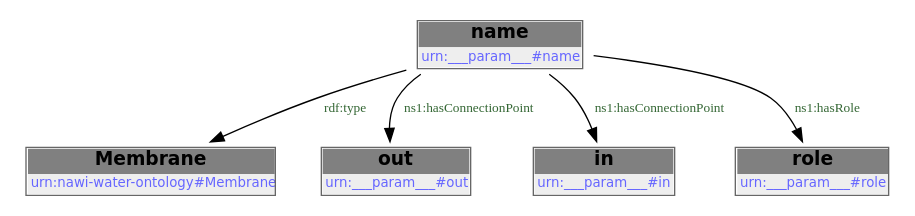
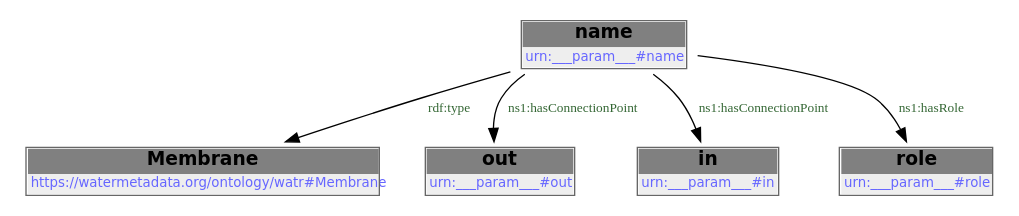
Before and after one commit to DataDrivenCPS/water-ontology: the first of 2 diagrams in docs/libraries/templates/membrane.rst, drawn with Graphviz. The commit also changed other lines of this file and 43 other files, not shown here.

First line of the commit message:
feat: move ontology to https://watermetadata.org base URI

```diff
--- a/docs/libraries/templates/membrane.rst
+++ b/docs/libraries/templates/membrane.rst
@@ -78,14 +78,14 @@
         .. graphviz::
 
                 digraph G {
             node [fontname="DejaVu Sans"];
             node0 -> node1 [color=BLACK, label=< <font point-size='10' color='#336633'>rdf:type</font> >];
             node0 -> node2 [color=BLACK, label=< <font point-size='10' color='#336633'>ns1:hasConnectionPoint</font> >];
             node0 -> node3 [color=BLACK, label=< <font point-size='10' color='#336633'>ns1:hasConnectionPoint</font> >];
             node0 -> node4 [color=BLACK, label=< <font point-size='10' color='#336633'>ns1:hasRole</font> >];
             node0 [shape=none, color=black, label=< <table color='#666666' cellborder='0' cellspacing='0' border='1'><tr><td colspan='2' bgcolor='grey'><B>name</B></td></tr><tr><td href='urn:___param___#name' bgcolor='#eeeeee' colspan='2'><font point-size='10' color='#6666ff'>urn:___param___#name</font></td></tr></table> >];
-            node1 [shape=none, color=black, label=< <table color='#666666' cellborder='0' cellspacing='0' border='1'><tr><td colspan='2' bgcolor='grey'><B>Membrane</B></td></tr><tr><td href='urn:nawi-water-ontology#Membrane' bgcolor='#eeeeee' colspan='2'><font point-size='10' color='#6666ff'>urn:nawi-water-ontology#Membrane</font></td></tr></table> >];
+            node1 [shape=none, color=black, label=< <table color='#666666' cellborder='0' cellspacing='0' border='1'><tr><td colspan='2' bgcolor='grey'><B>Membrane</B></td></tr><tr><td href='https://watermetadata.org/ontology/watr#Membrane' bgcolor='#eeeeee' colspan='2'><font point-size='10' color='#6666ff'>https://watermetadata.org/ontology/watr#Membrane</font></td></tr></table> >];
             node2 [shape=none, color=black, label=< <table color='#666666' cellborder='0' cellspacing='0' border='1'><tr><td colspan='2' bgcolor='grey'><B>out</B></td></tr><tr><td href='urn:___param___#out' bgcolor='#eeeeee' colspan='2'><font point-size='10' color='#6666ff'>urn:___param___#out</font></td></tr></table> >];
             node3 [shape=none, color=black, label=< <table color='#666666' cellborder='0' cellspacing='0' border='1'><tr><td colspan='2' bgcolor='grey'><B>in</B></td></tr><tr><td href='urn:___param___#in' bgcolor='#eeeeee' colspan='2'><font point-size='10' color='#6666ff'>urn:___param___#in</font></td></tr></table> >];
             node4 [shape=none, color=black, label=< <table color='#666666' cellborder='0' cellspacing='0' border='1'><tr><td colspan='2' bgcolor='grey'><B>role</B></td></tr><tr><td href='urn:___param___#role' bgcolor='#eeeeee' colspan='2'><font point-size='10' color='#6666ff'>urn:___param___#role</font></td></tr></table> >];
             }
```
